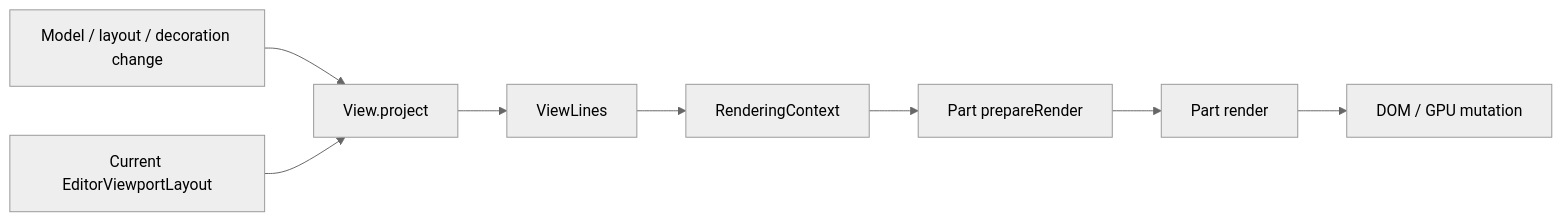
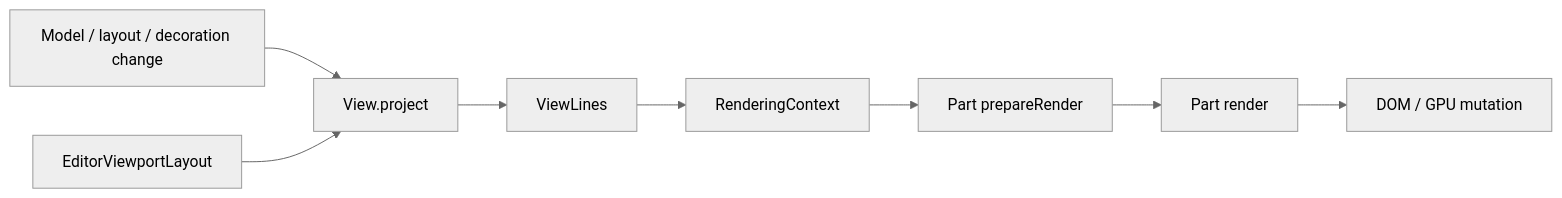
One commit to chogng/ash changed the second of 2 diagrams in src/ash/editor/text-engine.md. Above: the diagram before and after it, drawn with Mermaid (neutral theme). The commit also changed other lines of this file and 12 other files, not shown here.

````diff
--- a/src/ash/editor/text-engine.md
+++ b/src/ash/editor/text-engine.md
@@ -120,10 +118,10 @@
 ```mermaid
 flowchart LR
     Change[Model / layout / decoration change] --> Project[View.project]
-    Layout[Current EditorViewportLayout] --> Project
+    Layout[EditorViewportLayout] --> Project
     Project --> Lines[ViewLines]
     Lines --> Context[RenderingContext]
     Context --> Prepare[Part prepareRender]
     Prepare --> Parts[Part render]
     Parts --> DOM[DOM / GPU mutation]
 ```
````
